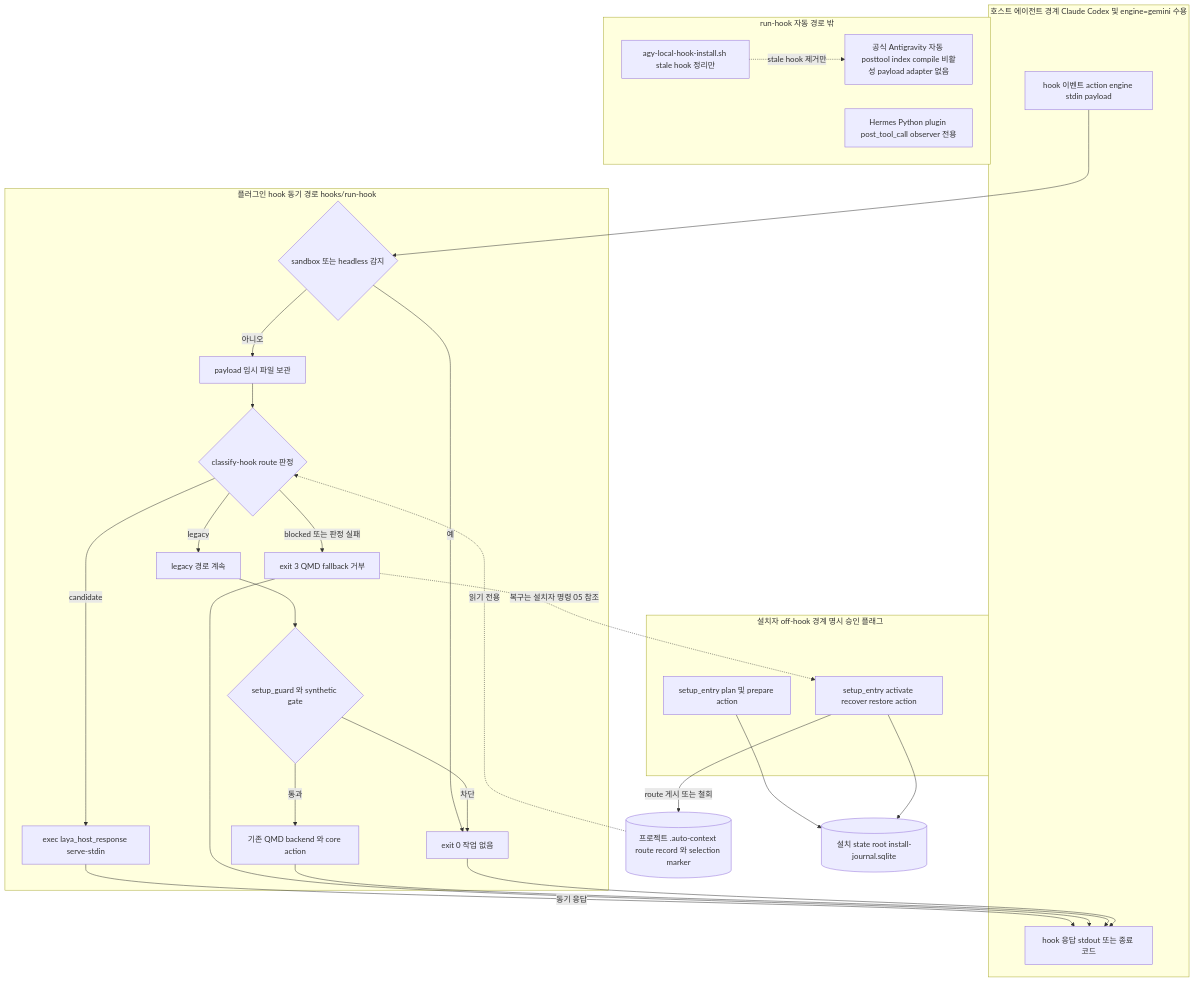
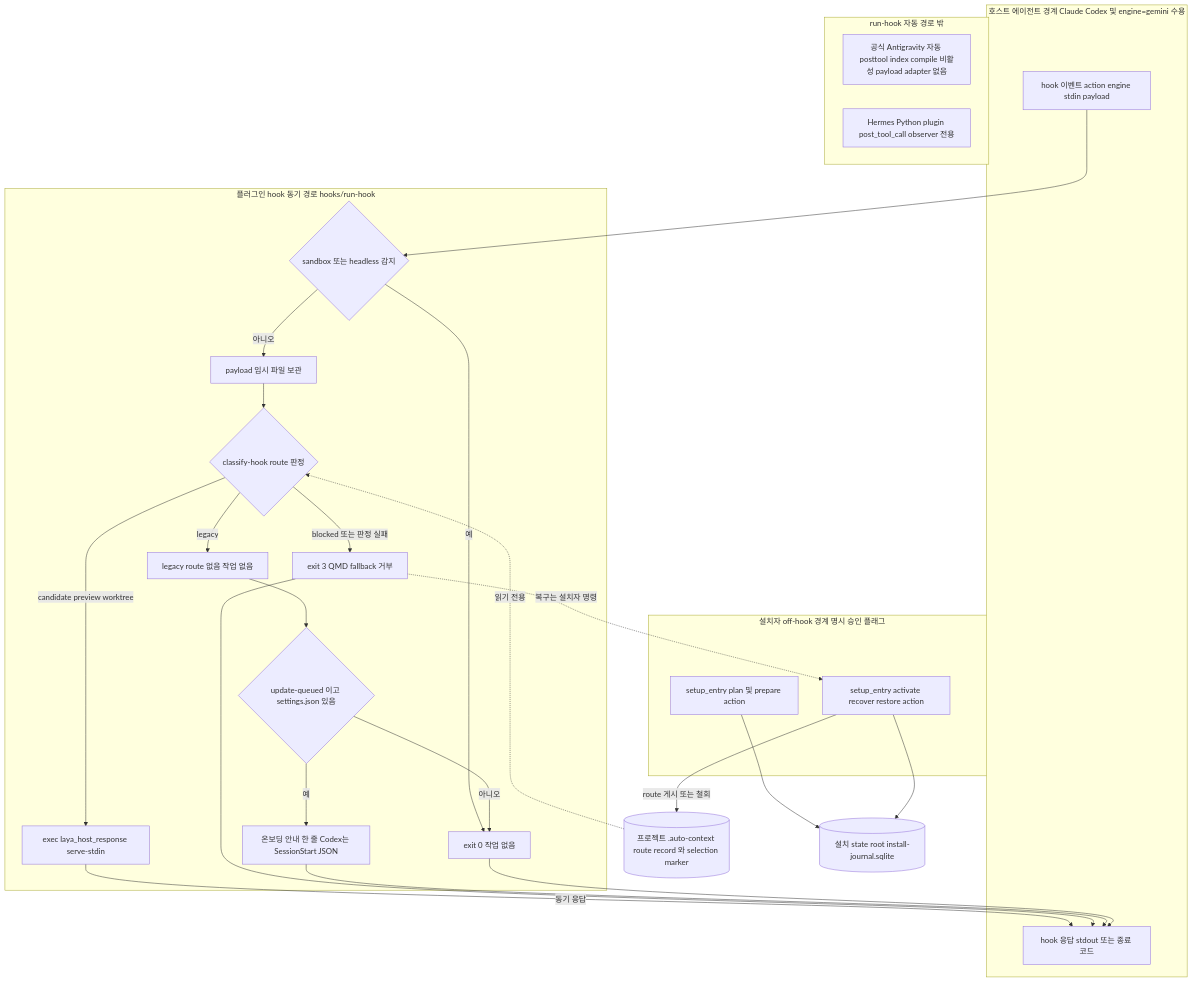
One commit to zbdulee/memvane changed the diagram in docs/architecture/flows/01-install-host-hooks.md. Above: the diagram before and after it, drawn with Mermaid. The commit also changed other lines of this file and 15 other files, not shown here.

````diff
--- a/docs/architecture/flows/01-install-host-hooks.md
+++ b/docs/architecture/flows/01-install-host-hooks.md
@@ -12,50 +11,48 @@
 ```mermaid
 flowchart TD
   subgraph HOST["호스트 에이전트 경계 Claude Codex 및 engine=gemini 수용"]
     EV["hook 이벤트 action engine stdin payload"]
     OUT["hook 응답 stdout 또는 종료 코드"]
   end
   subgraph LIMIT["run-hook 자동 경로 밖"]
     AG["공식 Antigravity 자동 posttool index compile 비활성 payload adapter 없음"]
-    AGS["agy-local-hook-install.sh stale hook 정리만"]
     HM["Hermes Python plugin post_tool_call observer 전용"]
   end
   subgraph HOOK["플러그인 hook 동기 경로 hooks/run-hook"]
     SB{"sandbox 또는 headless 감지"}
     PL["payload 임시 파일 보관"]
     RT{"classify-hook route 판정"}
     CA["exec laya_host_response serve-stdin"]
     BL["exit 3 QMD fallback 거부"]
-    LG["legacy 경로 계속"]
-    GD{"setup_guard 와 synthetic gate"}
-    CORE["기존 QMD backend 와 core action"]
+    LG["legacy route 없음 작업 없음"]
+    ON{"update-queued 이고 settings.json 있음"}
+    NT["온보딩 안내 한 줄 Codex는 SessionStart JSON"]
     NOP["exit 0 작업 없음"]
   end
   subgraph INST["설치자 off-hook 경계 명시 승인 플래그"]
     IP["setup_entry plan 및 prepare action"]
     IA["setup_entry activate recover restore action"]
   end
   RS[("프로젝트 .auto-context route record 와 selection marker")]
   JS[("설치 state root install-journal.sqlite")]
 
-  AGS -.->|"stale hook 제거만"| AG
   EV --> SB
   SB -->|"예"| NOP
   SB -->|"아니오"| PL
   PL --> RT
   RS -.->|"읽기 전용"| RT
-  RT -->|"candidate"| CA
+  RT -->|"candidate preview worktree"| CA
   CA -->|"동기 응답"| OUT
   RT -->|"blocked 또는 판정 실패"| BL
   BL --> OUT
   RT -->|"legacy"| LG
-  LG --> GD
-  GD -->|"통과"| CORE
-  CORE --> OUT
-  GD -->|"차단"| NOP
+  LG --> ON
+  ON -->|"예"| NT
+  NT --> OUT
+  ON -->|"아니오"| NOP
   NOP --> OUT
   IP --> JS
   IA --> JS
   IA -->|"route 게시 또는 철회"| RS
-  BL -.->|"복구는 설치자 명령 05 참조"| IA
+  BL -.->|"복구는 설치자 명령"| IA
 ```
````
